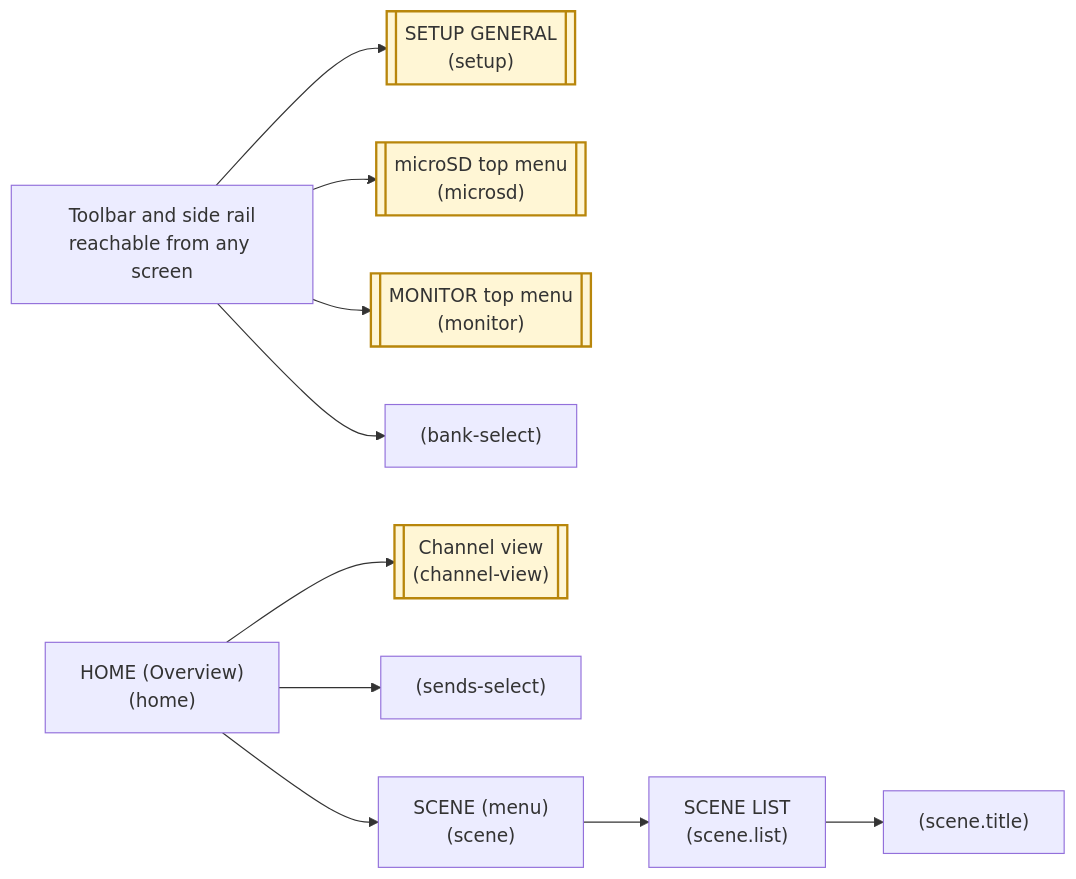
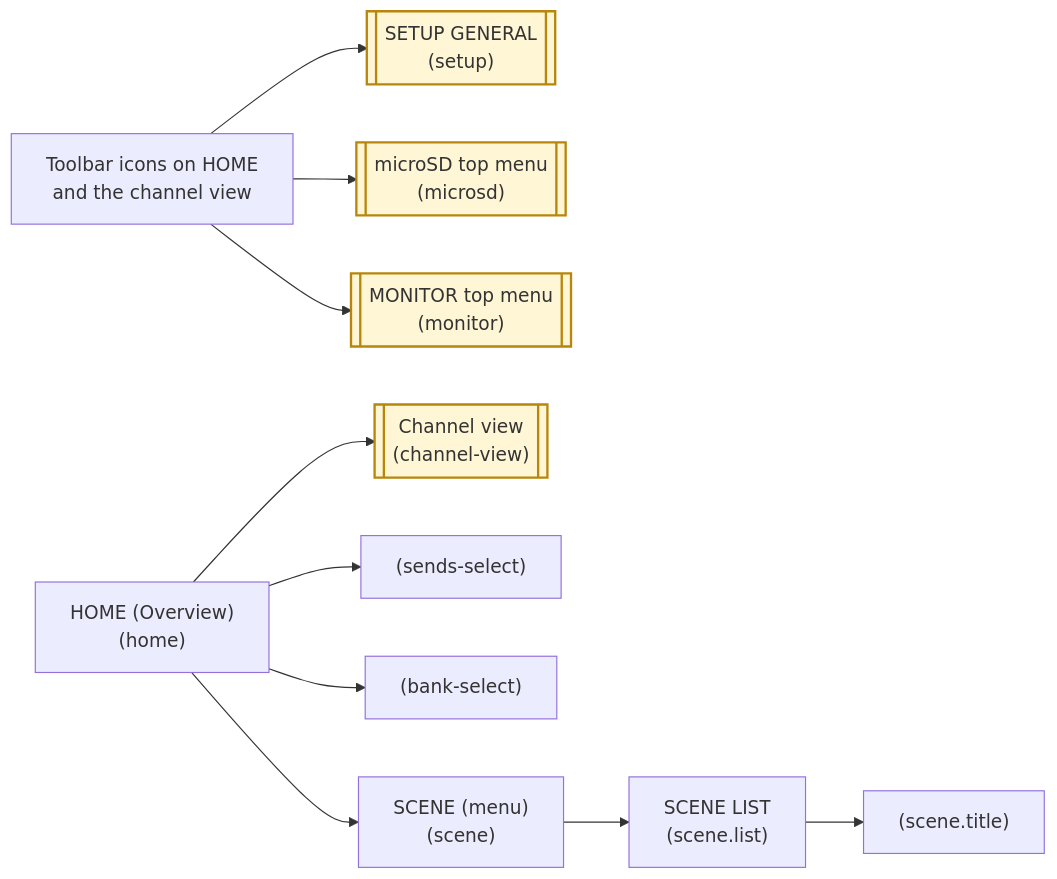
Before and after one commit to semnil/urx-lcd-sim: the first of 3 diagrams in docs/en/screen-map.md, drawn with Mermaid. The commit also changed other lines of this file and 3 other files, not shown here.

First line of the commit message:
Map SETUP, microSD and MONITOR from the screens whose toolbar icons answer

````diff
--- a/docs/en/screen-map.md
+++ b/docs/en/screen-map.md
@@ -12,16 +12,16 @@
 ```mermaid
 flowchart LR
-  RAIL["Toolbar and side rail<br>reachable from any screen"]
-  RAIL --> SETUP[["SETUP GENERAL<br>(setup)"]]:::ref
-  RAIL --> SD[["microSD top menu<br>(microsd)"]]:::ref
-  RAIL --> MON[["MONITOR top menu<br>(monitor)"]]:::ref
-  RAIL --> BANK["(bank-select)"]
+  ICONS["Toolbar icons on HOME<br>and the channel view"]
+  ICONS --> SETUP[["SETUP GENERAL<br>(setup)"]]:::ref
+  ICONS --> SD[["microSD top menu<br>(microsd)"]]:::ref
+  ICONS --> MON[["MONITOR top menu<br>(monitor)"]]:::ref
 
   HOME["HOME (Overview)<br>(home)"]
   HOME --> CV[["Channel view<br>(channel-view)"]]:::ref
   HOME --> SENDS["(sends-select)"]
+  HOME --> BANK["(bank-select)"]
   HOME --> SCENE["SCENE (menu)<br>(scene)"]
   SCENE --> SLIST["SCENE LIST<br>(scene.list)"]
   SLIST --> STITLE["(scene.title)"]
   classDef ref fill:#fff6d5,stroke:#b8860b,stroke-width:2px;
 ```
````
